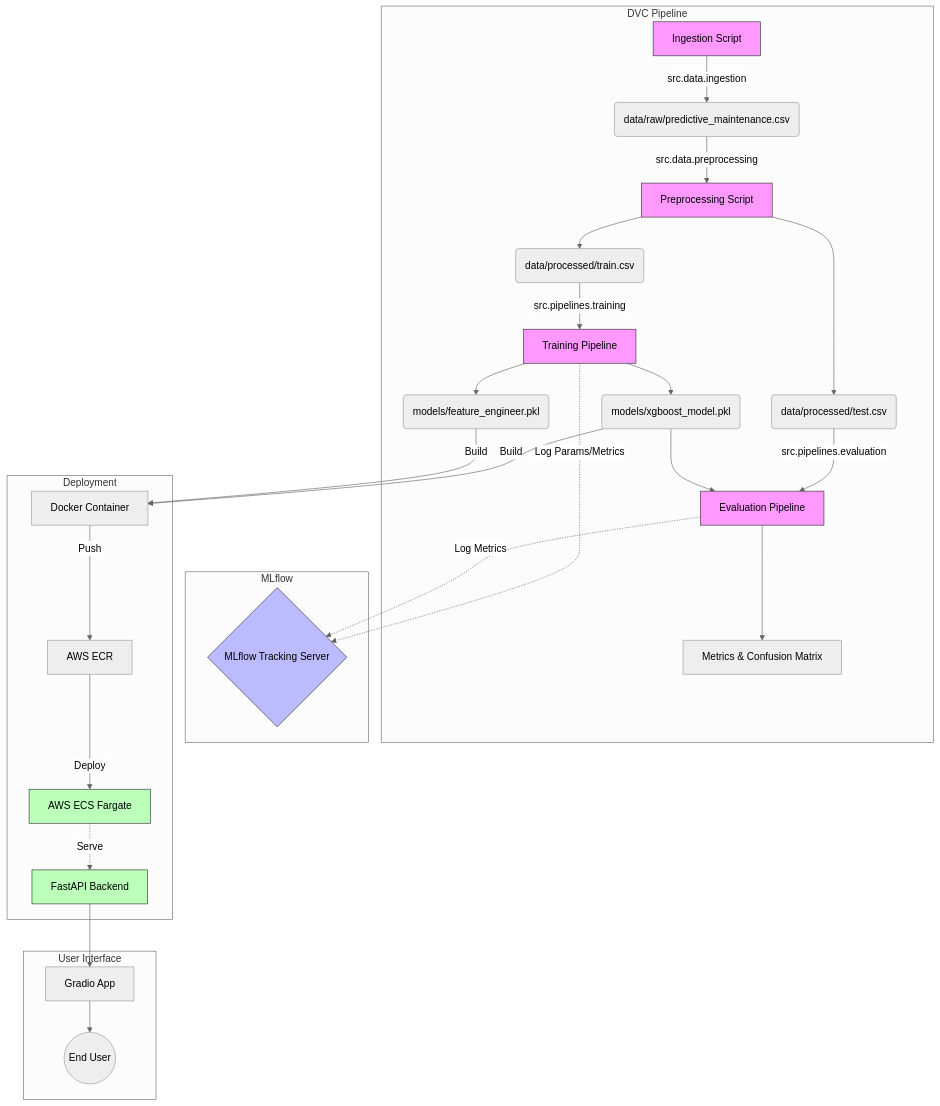
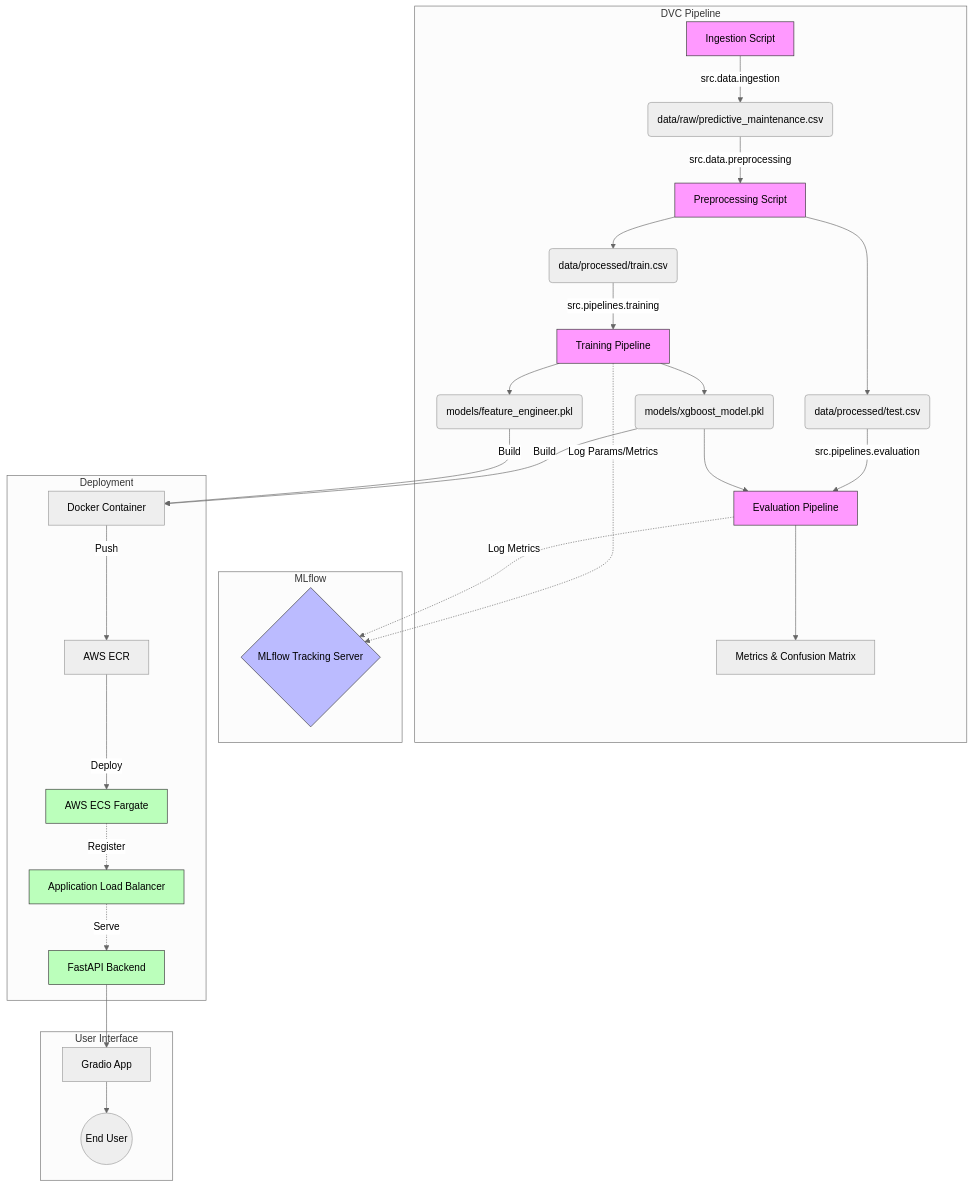
Before and after one commit to aymanz12/predictive-maintenance: the diagram in README.md, drawn with Mermaid (neutral theme). The commit also changed other lines of this file, not shown here.

````diff
--- a/README.md
+++ b/README.md
@@ -9,41 +9,43 @@
 ```mermaid
 graph TD
     subgraph DVC Pipeline
         A[Ingestion Script] -->|src.data.ingestion| B(data/raw/predictive_maintenance.csv)
         B -->|src.data.preprocessing| C[Preprocessing Script]
         C --> D(data/processed/train.csv)
         C --> E(data/processed/test.csv)
         D -->|src.pipelines.training| F[Training Pipeline]
         F --> G(models/xgboost_model.pkl)
         F --> H(models/feature_engineer.pkl)
         E -->|src.pipelines.evaluation| I[Evaluation Pipeline]
         G --> I
         I --> J[Metrics & Confusion Matrix]
     end
 
     subgraph MLflow
         F -.->|Log Params/Metrics| K{MLflow Tracking Server}
         I -.->|Log Metrics| K
     end
 
     subgraph Deployment
         G -->|Build| L[Docker Container]
         H -->|Build| L
         L -->|Push| M[AWS ECR]
         M -->|Deploy| N[AWS ECS Fargate]
-        N -.->|Serve| Q[FastAPI Backend]
+        N -.->|Register| LB[Application Load Balancer]
+        LB -.->|Serve| Q[FastAPI Backend]
     end
 
     subgraph User Interface
         Q --> O[Gradio App]
         O --> P((End User))
     end
 
     style A fill:#f9f,stroke:#333
     style C fill:#f9f,stroke:#333
     style F fill:#f9f,stroke:#333
     style I fill:#f9f,stroke:#333
     style K fill:#bbf,stroke:#333
     style N fill:#bfb,stroke:#333
+    style LB fill:#bfb,stroke:#333
     style Q fill:#bfb,stroke:#333
 ```
````
